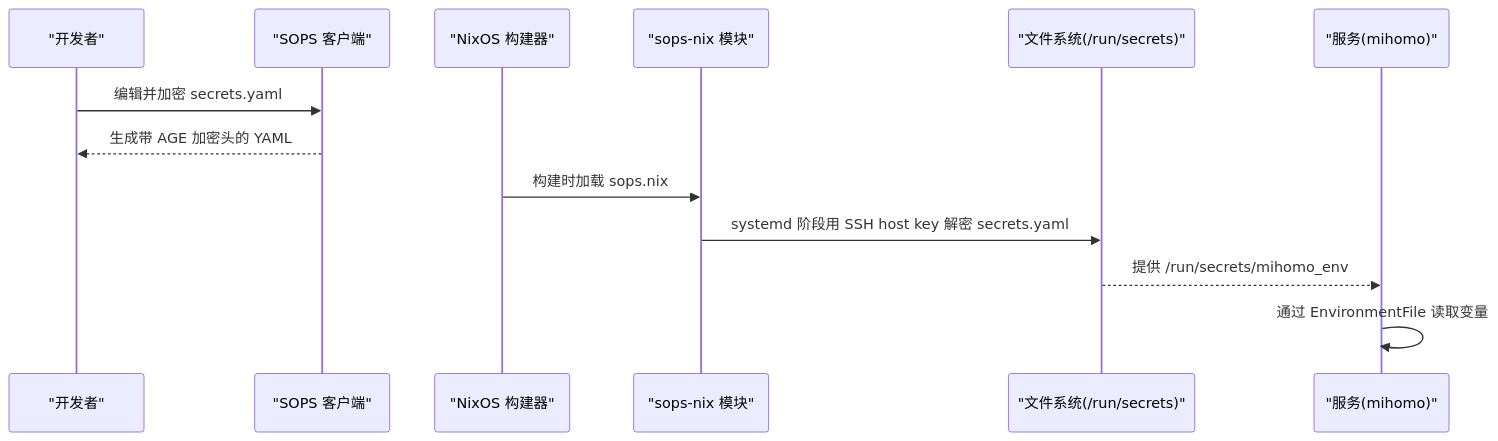
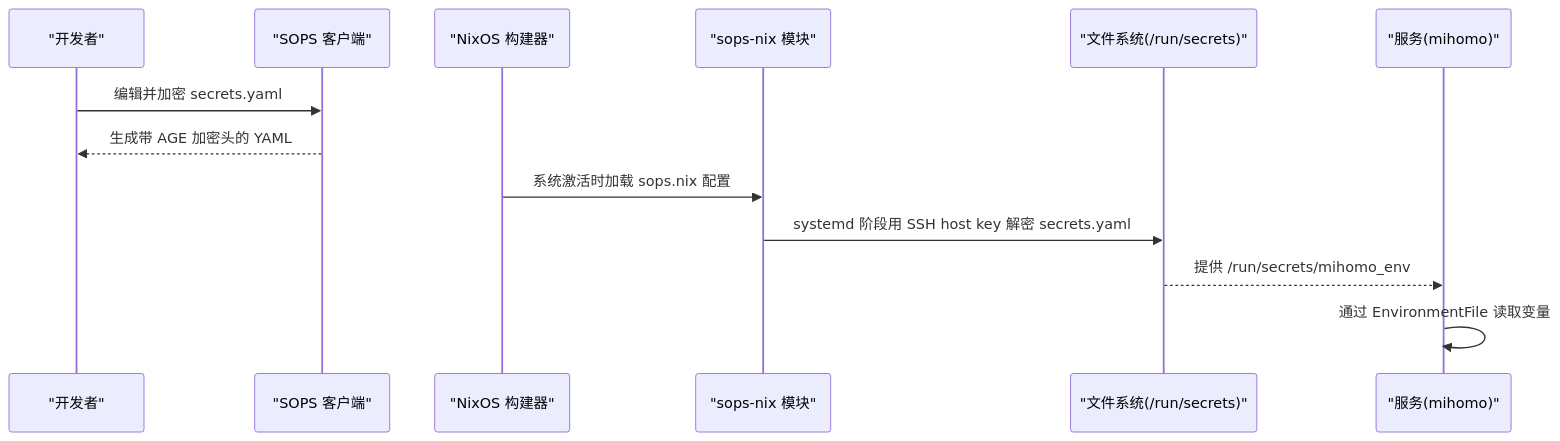
One commit to Shangshui0302/myNixOSConfig changed the second of 3 diagrams in wiki/security/sops.md. Above: the diagram before and after it, drawn with Mermaid. The commit also changed other lines of this file and 9 other files, not shown here.

````diff
--- a/wiki/security/sops.md
+++ b/wiki/security/sops.md
@@ -45,15 +46,15 @@
 ```mermaid
 sequenceDiagram
 participant Dev as "开发者"
 participant SOPS as "SOPS 客户端"
 participant Nix as "NixOS 构建器"
 participant SNix as "sops-nix 模块"
 participant FS as "文件系统(/run/secrets)"
 participant Svc as "服务(mihomo)"
 Dev->>SOPS : 编辑并加密 secrets.yaml
 SOPS-->>Dev : 生成带 AGE 加密头的 YAML
-Nix->>SNix : 构建时加载 sops.nix
+Nix->>SNix : 系统激活时加载 sops.nix 配置
 SNix->>FS : systemd 阶段用 SSH host key 解密 secrets.yaml
 FS-->>Svc : 提供 /run/secrets/mihomo_env
 Svc->>Svc : 通过 EnvironmentFile 读取变量
 ```
````
